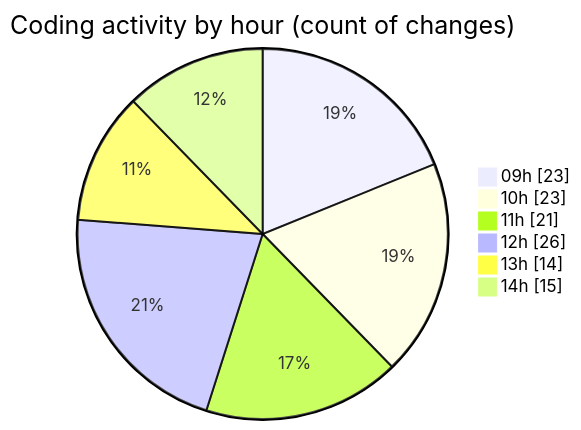
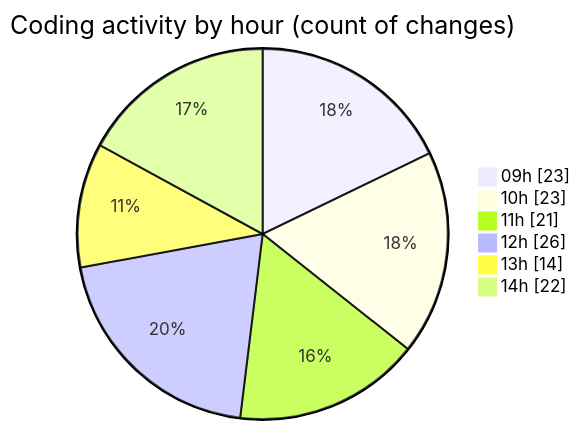
Before and after one commit to momahboobian/code-tracking: the second of 2 diagrams in 2025-12-04/cda/README.md, drawn with Mermaid. The commit also changed other lines of this file and 1 other file, not shown here.

````diff
--- a/2025-12-04/cda/README.md
+++ b/2025-12-04/cda/README.md
@@ -37,10 +37,10 @@
 ```mermaid
 pie showData
 title Coding activity by hour (count of changes)
 "09h" : 23
 "10h" : 23
 "11h" : 21
 "12h" : 26
 "13h" : 14
-"14h" : 15
+"14h" : 22
 ```
````
